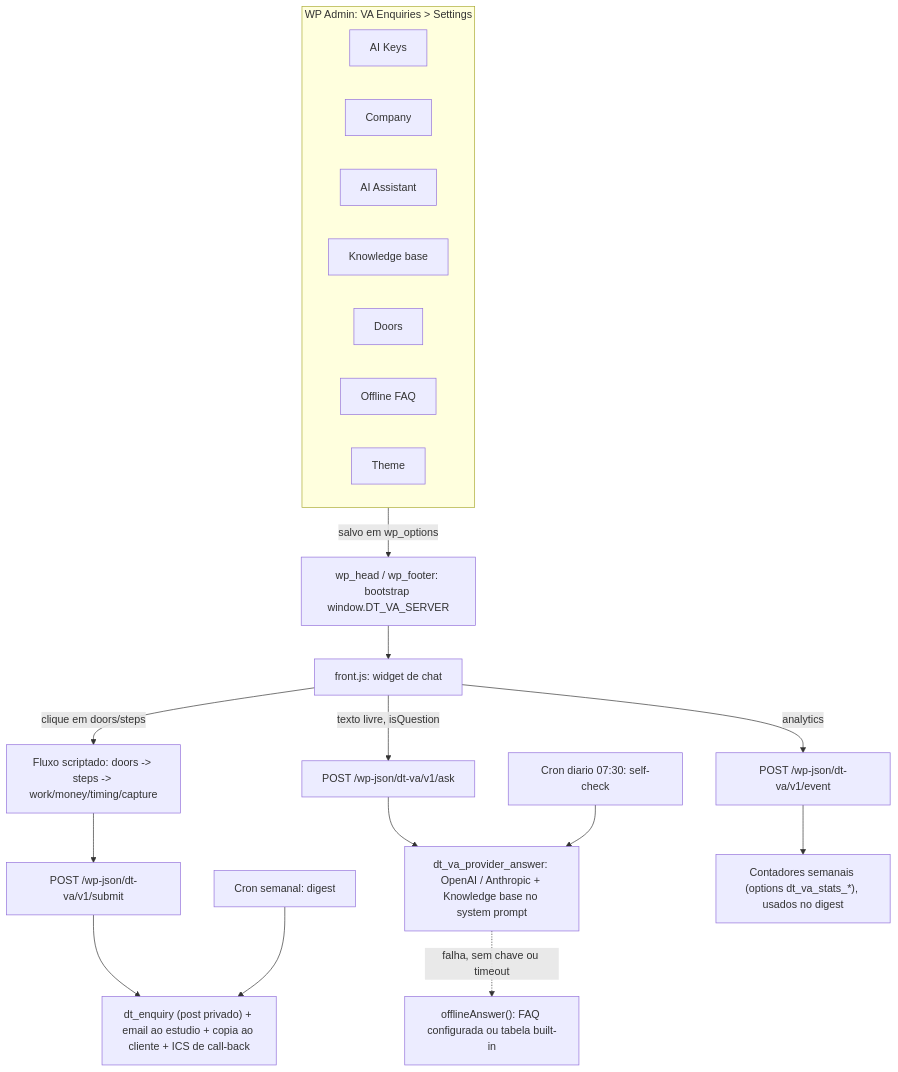
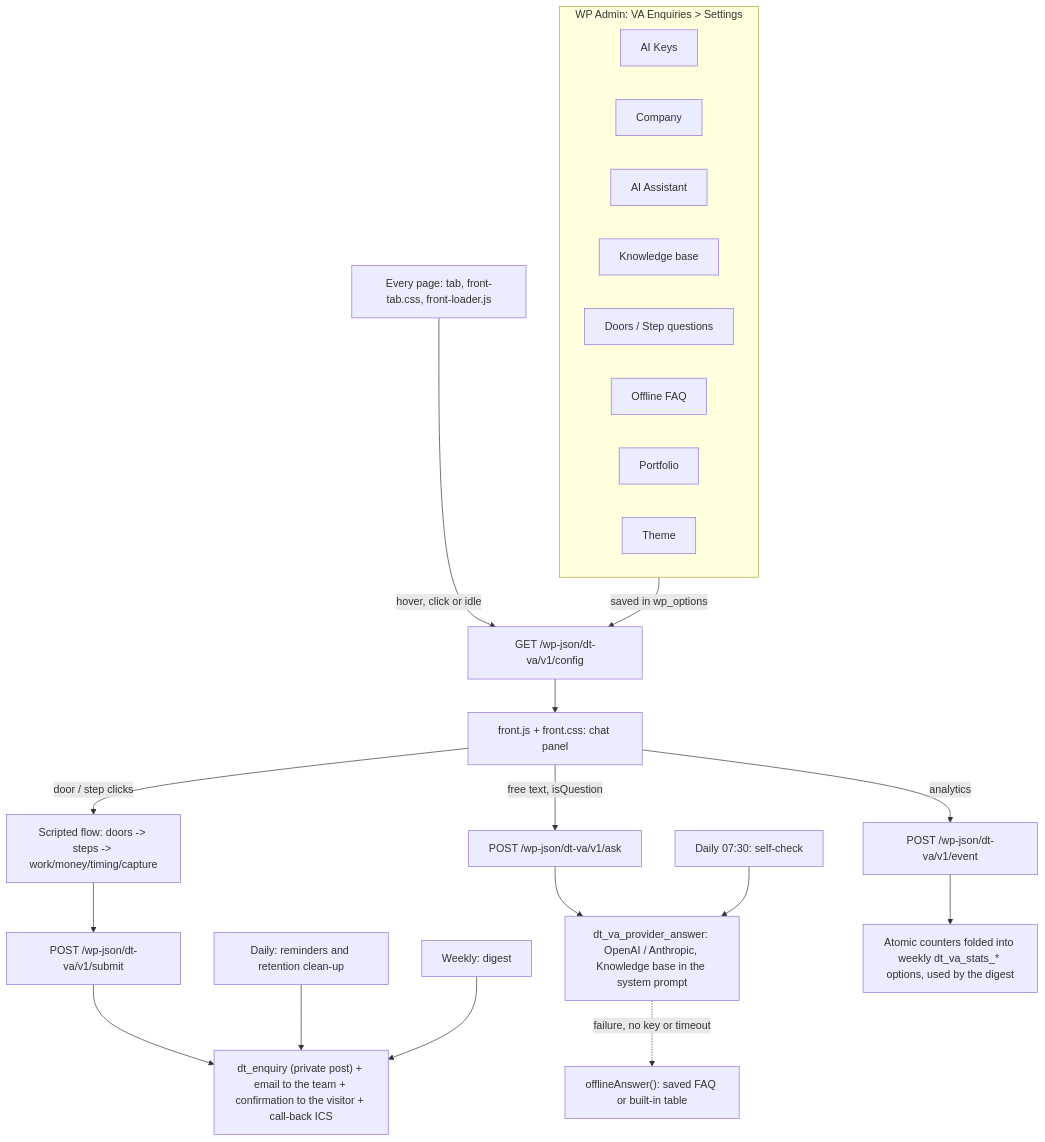
Before and after one commit to henriqpohl/dovetail-studio: the diagram in modules/virtual-assistant/docs/plugin-overview.md, drawn with Mermaid. The commit also changed other lines of this file and 139 other files, not shown here.

````diff
--- a/modules/virtual-assistant/docs/plugin-overview.md
+++ b/modules/virtual-assistant/docs/plugin-overview.md
@@ -3,29 +3,32 @@
 ```mermaid
 flowchart TD
     subgraph Admin["WP Admin: VA Enquiries > Settings"]
         A1[AI Keys]
         A2[Company]
         A3[AI Assistant]
         A4[Knowledge base]
-        A5[Doors]
+        A5[Doors / Step questions]
         A6[Offline FAQ]
-        A7[Theme]
+        A7[Portfolio]
+        A8[Theme]
     end
 
-    Admin -->|salvo em wp_options| Bootstrap["wp_head / wp_footer: bootstrap window.DT_VA_SERVER"]
-    Bootstrap --> Front["front.js: widget de chat"]
+    Admin -->|saved in wp_options| Config["GET /wp-json/dt-va/v1/config"]
+    Page["Every page: tab, front-tab.css, front-loader.js"] -->|hover, click or idle| Config
+    Config --> Front["front.js + front.css: chat panel"]
 
-    Front -->|clique em doors/steps| Flow["Fluxo scriptado: doors -> steps -> work/money/timing/capture"]
-    Front -->|texto livre, isQuestion| Ask["POST /wp-json/dt-va/v1/ask"]
-    Ask --> Provider["dt_va_provider_answer: OpenAI / Anthropic + Knowledge base no system prompt"]
-    Provider -. falha, sem chave ou timeout .-> Offline["offlineAnswer(): FAQ configurada ou tabela built-in"]
+    Front -->|door / step clicks| Flow["Scripted flow: doors -> steps -> work/money/timing/capture"]
+    Front -->|free text, isQuestion| Ask["POST /wp-json/dt-va/v1/ask"]
+    Ask --> Provider["dt_va_provider_answer: OpenAI / Anthropic, Knowledge base in the system prompt"]
+    Provider -. failure, no key or timeout .-> Offline["offlineAnswer(): saved FAQ or built-in table"]
 
     Flow --> Submit["POST /wp-json/dt-va/v1/submit"]
-    Submit --> Enquiry["dt_enquiry (post privado) + email ao estudio + copia ao cliente + ICS de call-back"]
+    Submit --> Enquiry["dt_enquiry (private post) + email to the team + confirmation to the visitor + call-back ICS"]
 
-    Cron1["Cron diario 07:30: self-check"] --> Provider
-    Cron2["Cron semanal: digest"] --> Enquiry
+    Cron1["Daily 07:30: self-check"] --> Provider
+    Cron2["Daily: reminders and retention clean-up"] --> Enquiry
+    Cron3["Weekly: digest"] --> Enquiry
 
     Front -->|analytics| Event["POST /wp-json/dt-va/v1/event"]
-    Event --> Stats["Contadores semanais (options dt_va_stats_*), usados no digest"]
+    Event --> Stats["Atomic counters folded into weekly dt_va_stats_* options, used by the digest"]
 ```
````
